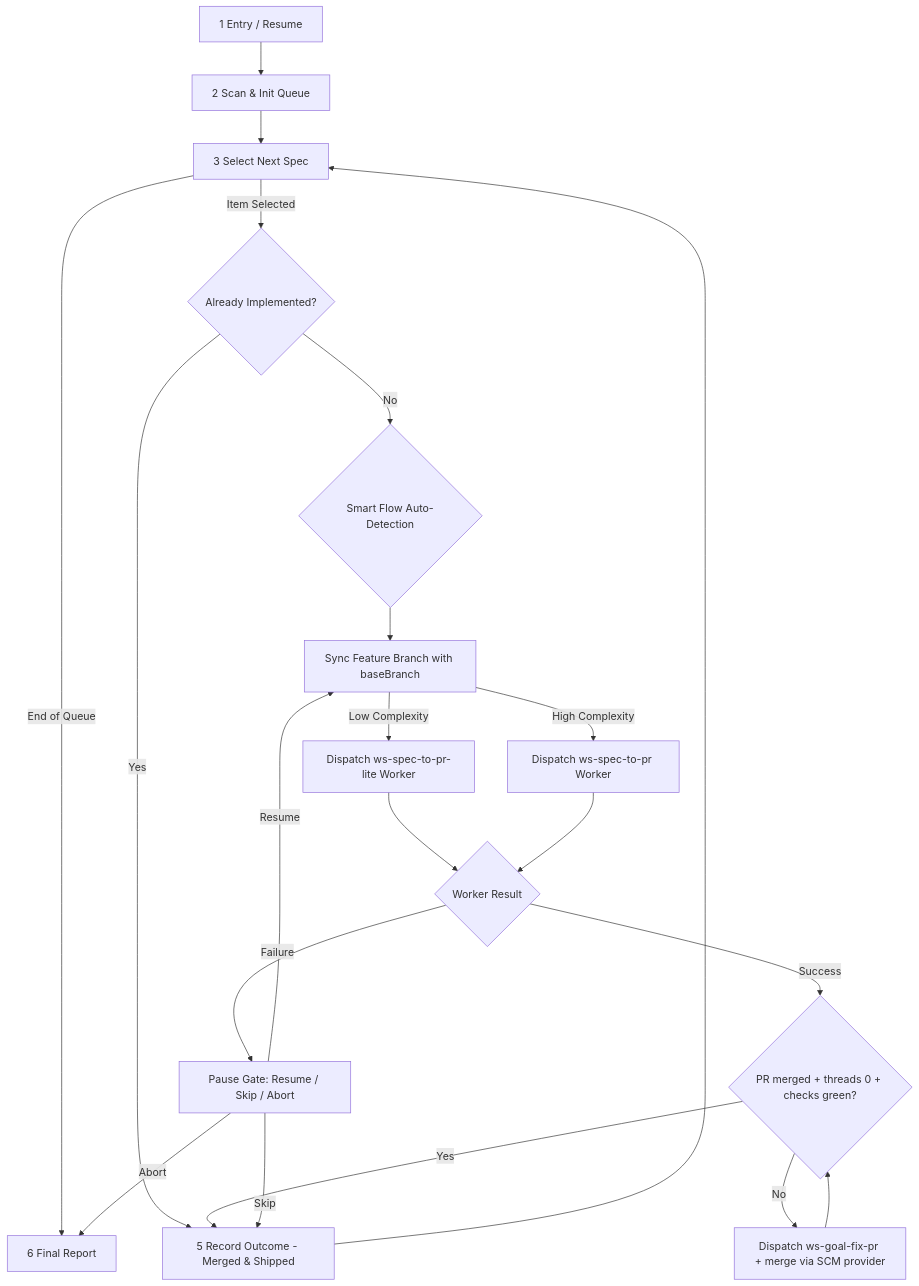
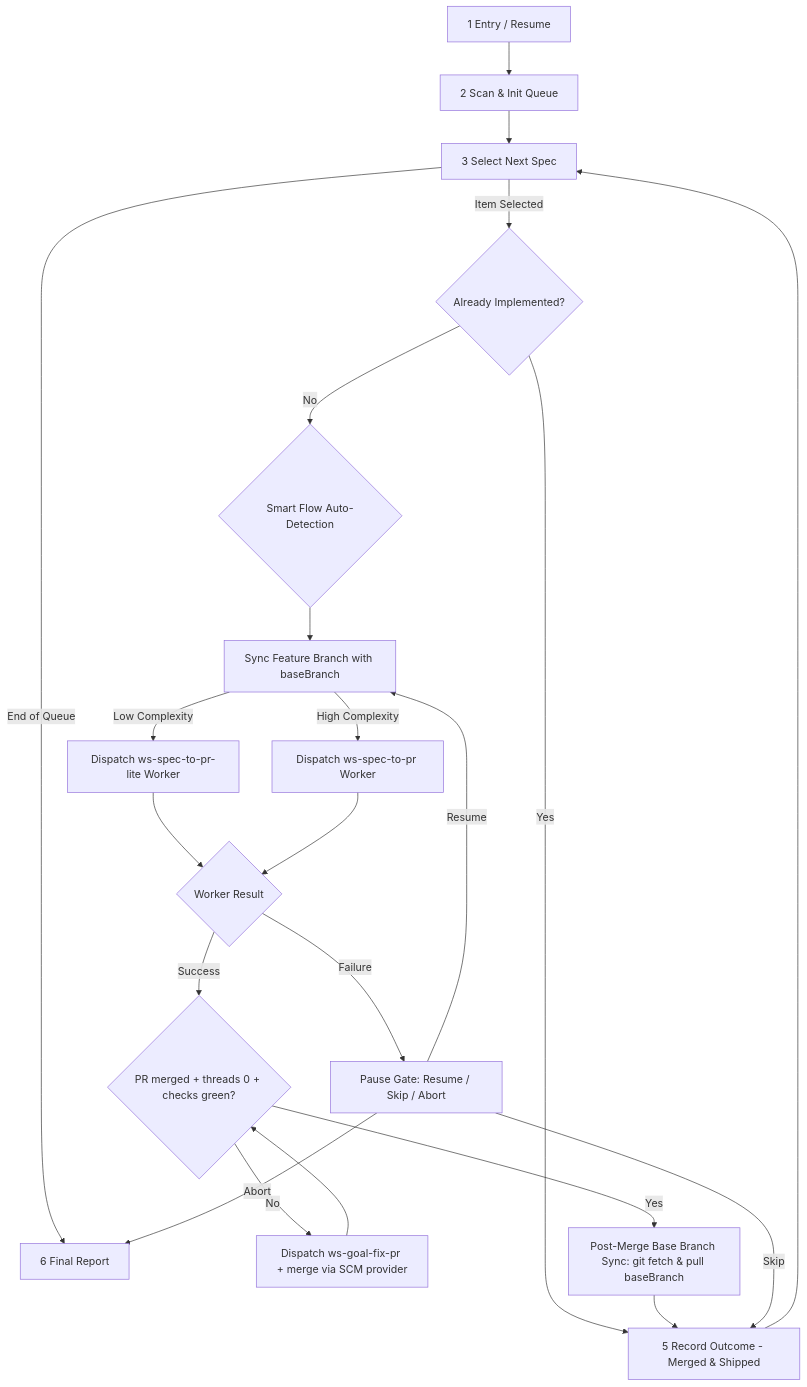
The diagram in .agents/skills/ws-multi-spec/PROTOCOL.md (jpolvora/workflow-skills), drawn with Mermaid before and after one commit. The commit also changed other lines of this file and 43 other files, not shown here.

Commit message:
feat(ws-multi-spec): add post-merge base branch sync before starting new feature branch

````diff
--- a/.agents/skills/ws-multi-spec/PROTOCOL.md
+++ b/.agents/skills/ws-multi-spec/PROTOCOL.md
@@ -7,23 +7,24 @@
 ```mermaid
 flowchart TD
   P1[1 Entry / Resume] --> P2[2 Scan & Init Queue]
   P2 --> P3[3 Select Next Spec]
   P3 -->|End of Queue| P6[6 Final Report]
   P3 -->|Item Selected| Probe{Already Implemented?}
   Probe -->|Yes| P5[5 Record Outcome - Skipped]
   Probe -->|No| FlowDetect{Smart Flow Auto-Detection}
   FlowDetect --> BaseSync[Sync Feature Branch with baseBranch]
   BaseSync -->|Low Complexity| DispatchLite[Dispatch ws-spec-to-pr-lite Worker]
   BaseSync -->|High Complexity| DispatchFull[Dispatch ws-spec-to-pr Worker]
   DispatchLite --> WorkerOutcome
   DispatchFull --> WorkerOutcome
   WorkerOutcome{Worker Result} -->|Success| ConvergeGate{PR merged + threads 0 + checks green?}
   WorkerOutcome -->|Failure| PauseGate[Pause Gate: Resume / Skip / Abort]
   ConvergeGate -->|No| RunGoalFixPr[Dispatch ws-goal-fix-pr + merge via SCM provider]
   RunGoalFixPr --> ConvergeGate
-  ConvergeGate -->|Yes| P5[5 Record Outcome - Merged & Shipped]
+  ConvergeGate -->|Yes| PostMergeSync[Post-Merge Base Branch Sync: git fetch & pull baseBranch]
+  PostMergeSync --> P5[5 Record Outcome - Merged & Shipped]
   PauseGate -->|Resume| BaseSync
   PauseGate -->|Skip| P5
   PauseGate -->|Abort| P6
   P5 --> P3
 ```
````
